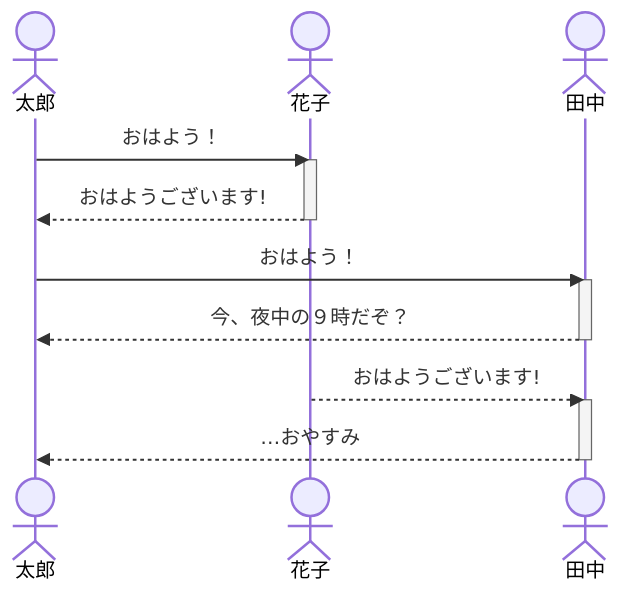
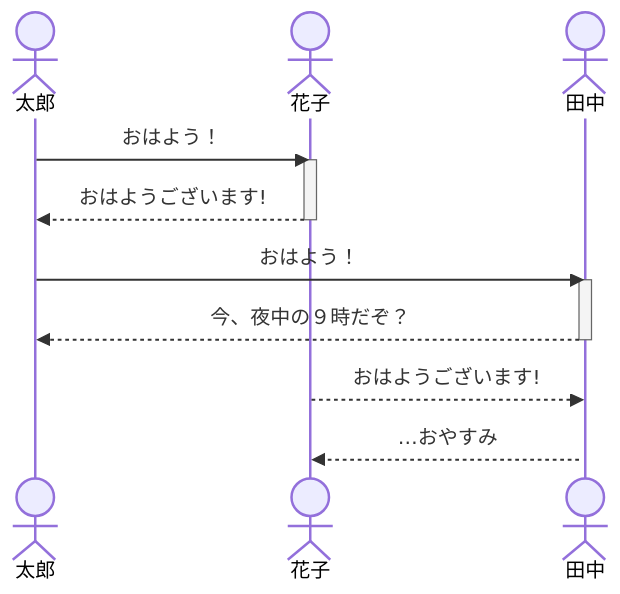
One commit to tpu-game-2023/mermaid_test changed the second of 3 diagrams in README.md. Above: the diagram before and after it, drawn with Mermaid.

````diff
--- a/README.md
+++ b/README.md
@@ -39,20 +39,20 @@
 ```mermaid
 sequenceDiagram
     actor 太郎
     actor 花子
     actor 田中
     太郎->>花子: おはよう！
     activate 花子
     花子-->>太郎: おはようございます!
     deactivate 花子
     太郎->>田中: おはよう！
     activate 田中
     田中-->>太郎: 今、夜中の９時だぞ？
     deactivate 田中
     花子-->>田中: おはようございます!
     activate 田中
-    田中-->>太郎: …おやすみ
-    deactivate 田中
+    田中-->>花子: …おやすみ
+
     
 
 ```
````
